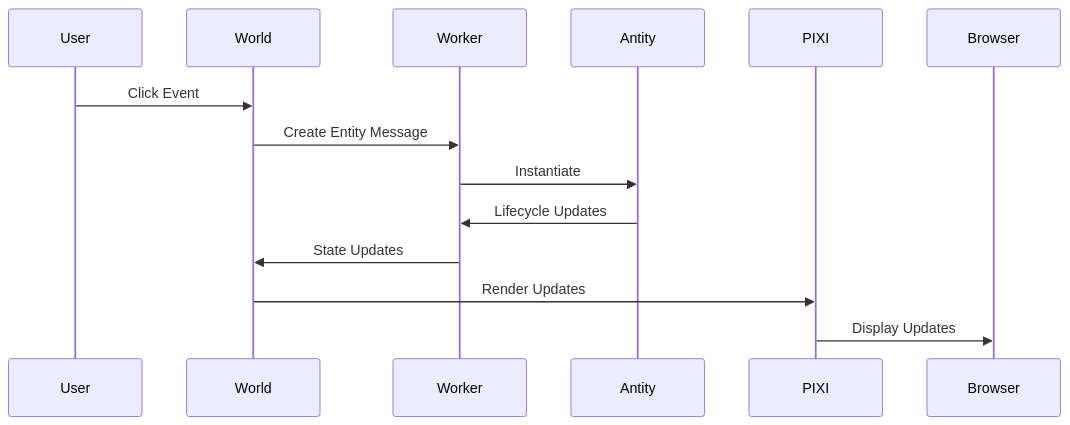
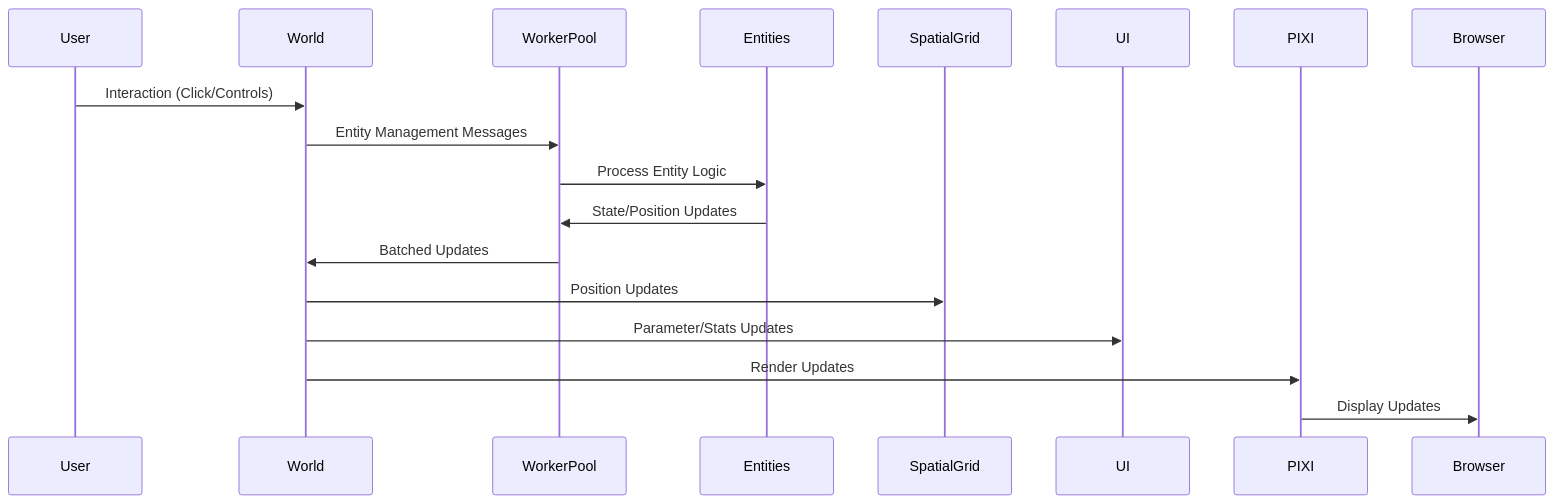
Before and after one commit to digitalantfarm/Antity: the fourth of 4 diagrams in memory-bank/systemPatterns.md, drawn with Mermaid. The commit also changed other lines of this file and 4 other files, not shown here.

````diff
--- a/memory-bank/systemPatterns.md
+++ b/memory-bank/systemPatterns.md
@@ -89,10 +131,12 @@
 ```mermaid
 sequenceDiagram
-    User->>World: Click Event
-    World->>Worker: Create Entity Message
-    Worker->>Antity: Instantiate
-    Antity->>Worker: Lifecycle Updates
-    Worker->>World: State Updates
+    User->>World: Interaction (Click/Controls)
+    World->>WorkerPool: Entity Management Messages
+    WorkerPool->>Entities: Process Entity Logic
+    Entities->>WorkerPool: State/Position Updates
+    WorkerPool->>World: Batched Updates
+    World->>SpatialGrid: Position Updates
+    World->>UI: Parameter/Stats Updates
     World->>PIXI: Render Updates
     PIXI->>Browser: Display Updates
 ```
````
